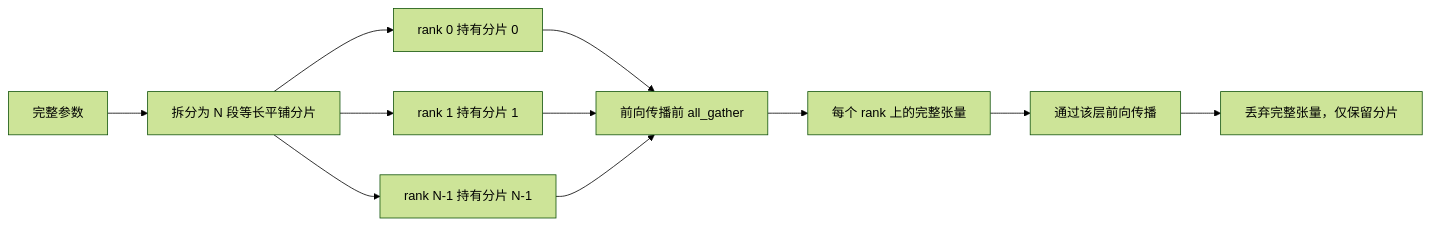
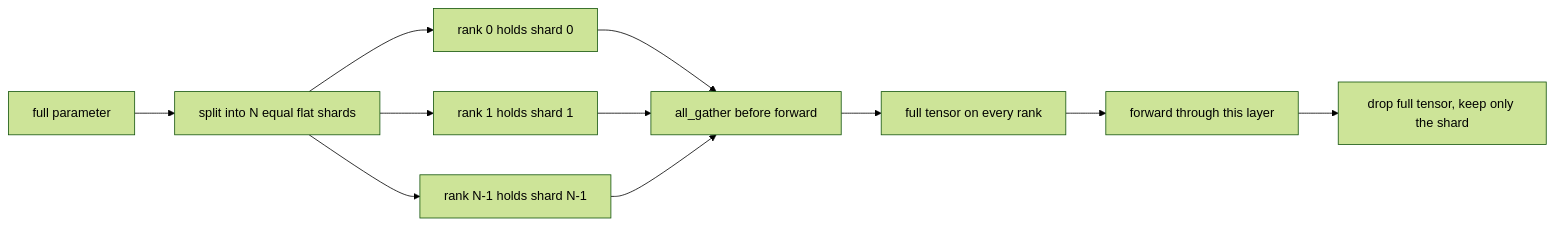
The second of 2 diagrams in i18n/zh/phases/19-capstone-projects/48-distributed-fsdp-ddp/docs/zh.md (xiaojiaenen/ai-engineering-from-scratch-zh), drawn with Mermaid (forest theme) before and after one commit. The commit also changed other lines of this file and 85 other files, not shown here.

````diff
--- a/i18n/zh/phases/19-capstone-projects/48-distributed-fsdp-ddp/docs/zh.md
+++ b/i18n/zh/phases/19-capstone-projects/48-distributed-fsdp-ddp/docs/zh.md
@@ -57,13 +57,13 @@
 ```mermaid
 flowchart LR
-  param[完整参数] --> split[拆分为 N 段等长平铺分片]
-  split --> r0[rank 0 持有分片 0]
-  split --> r1[rank 1 持有分片 1]
-  split --> rN[rank N-1 持有分片 N-1]
-  r0 --> gather[前向传播前 all_gather]
+  param[full parameter] --> split[split into N equal flat shards]
+  split --> r0[rank 0 holds shard 0]
+  split --> r1[rank 1 holds shard 1]
+  split --> rN[rank N-1 holds shard N-1]
+  r0 --> gather[all_gather before forward]
   r1 --> gather
   rN --> gather
-  gather --> full[每个 rank 上的完整张量]
-  full --> fwd[通过该层前向传播]
-  fwd --> drop[丢弃完整张量，仅保留分片]
+  gather --> full[full tensor on every rank]
+  full --> fwd[forward through this layer]
+  fwd --> drop[drop full tensor, keep only the shard]
 ```
````
